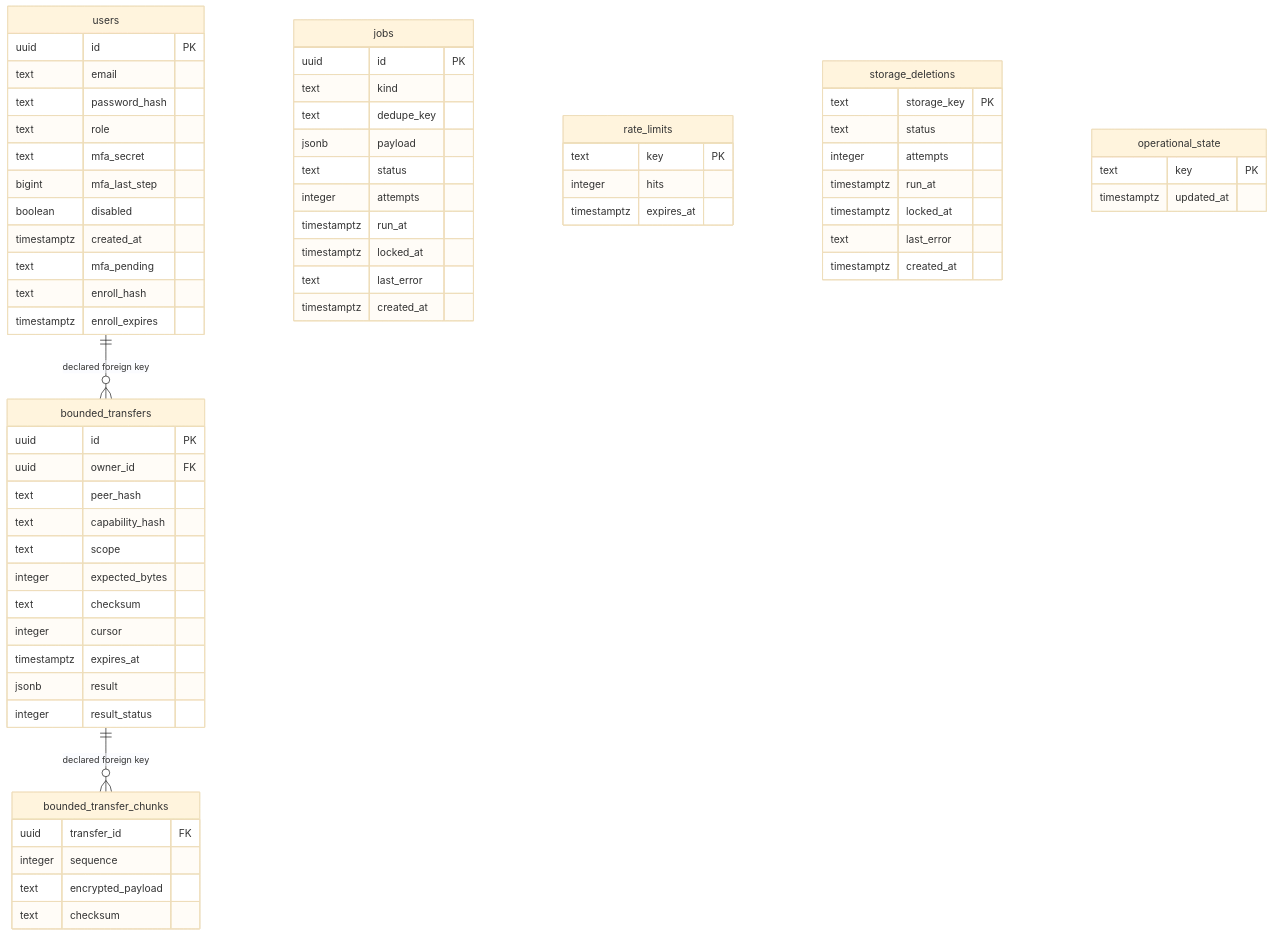
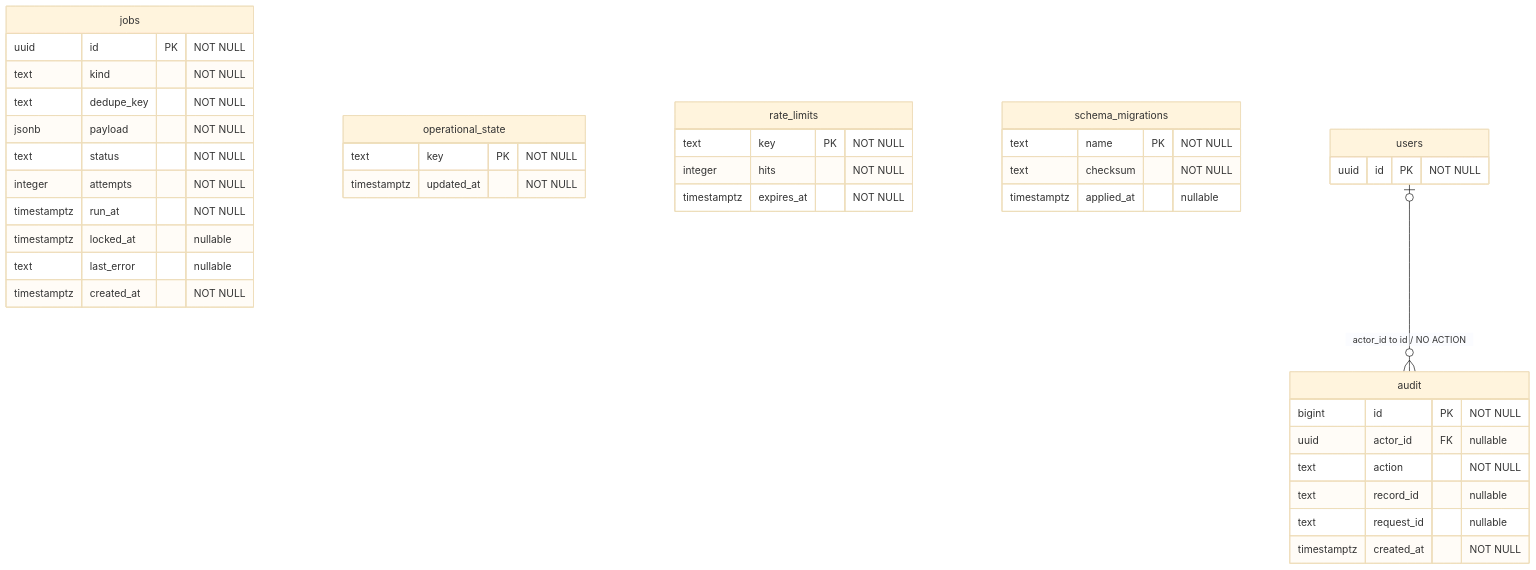
One commit to DruHustle/onesa-ai-platform changed the diagram in docs/diagrams/portal-database-operations.mmd. Above: the diagram before and after it, drawn with Mermaid (base theme). The commit also changed 25 other files, not shown here.

Commit message:
docs: refresh Portal schema and protected identity references

```diff
--- a/docs/diagrams/portal-database-operations.mmd
+++ b/docs/diagrams/portal-database-operations.mmd
@@ -1,65 +1,40 @@
+%% Portal source schema SHA256: 7fe751ef30a47ee8fa6d9f23416eb48dea97e0e90c6c5fdcc97cd0c656fd0d86
 erDiagram
-  users {
-    uuid id PK
-    text email
-    text password_hash
-    text role
-    text mfa_secret
-    bigint mfa_last_step
-    boolean disabled
-    timestamptz created_at
-    text mfa_pending
-    text enroll_hash
-    timestamptz enroll_expires
+  audit {
+    bigint id PK "NOT NULL"
+    uuid actor_id FK "nullable"
+    text action "NOT NULL"
+    text record_id "nullable"
+    text request_id "nullable"
+    timestamptz created_at "NOT NULL"
   }
   jobs {
-    uuid id PK
-    text kind
-    text dedupe_key
-    jsonb payload
-    text status
-    integer attempts
-    timestamptz run_at
-    timestamptz locked_at
-    text last_error
-    timestamptz created_at
+    uuid id PK "NOT NULL"
+    text kind "NOT NULL"
+    text dedupe_key "NOT NULL"
+    jsonb payload "NOT NULL"
+    text status "NOT NULL"
+    integer attempts "NOT NULL"
+    timestamptz run_at "NOT NULL"
+    timestamptz locked_at "nullable"
+    text last_error "nullable"
+    timestamptz created_at "NOT NULL"
+  }
+  operational_state {
+    text key PK "NOT NULL"
+    timestamptz updated_at "NOT NULL"
   }
   rate_limits {
-    text key PK
-    integer hits
-    timestamptz expires_at
+    text key PK "NOT NULL"
+    integer hits "NOT NULL"
+    timestamptz expires_at "NOT NULL"
   }
-  storage_deletions {
-    text storage_key PK
-    text status
-    integer attempts
-    timestamptz run_at
-    timestamptz locked_at
-    text last_error
-    timestamptz created_at
+  schema_migrations {
+    text name PK "NOT NULL"
+    text checksum "NOT NULL"
+    timestamptz applied_at "nullable"
   }
-  bounded_transfers {
-    uuid id PK
-    uuid owner_id FK
-    text peer_hash
-    text capability_hash
-    text scope
-    integer expected_bytes
-    text checksum
-    integer cursor
-    timestamptz expires_at
-    jsonb result
-    integer result_status
+  users {
+    uuid id PK "NOT NULL"
   }
-  bounded_transfer_chunks {
-    uuid transfer_id FK
-    integer sequence
-    text encrypted_payload
-    text checksum
-  }
-  operational_state {
-    text key PK
-    timestamptz updated_at
-  }
-  users ||--o{ bounded_transfers : "declared foreign key"
-  bounded_transfers ||--o{ bounded_transfer_chunks : "declared foreign key"
+  users o|--o{ audit : "actor_id to id / NO ACTION"
```
